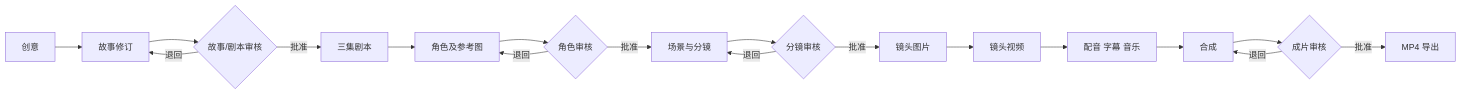
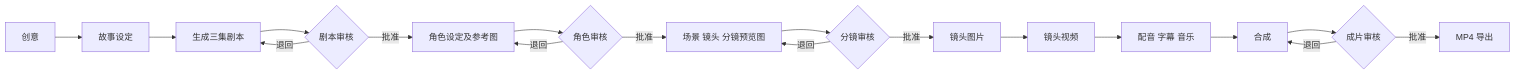
One commit to xyq-dev/ai-drama-studio changed the second of 2 diagrams in docs/WORKFLOW_STATE_MACHINE.md. Above: the diagram before and after it, drawn with Mermaid. The commit also changed other lines of this file and 8 other files, not shown here.

Commit message:
docs: finalize v1 architecture consistency

````diff
--- a/docs/WORKFLOW_STATE_MACHINE.md
+++ b/docs/WORKFLOW_STATE_MACHINE.md
@@ -44,20 +44,20 @@
 ```mermaid
 flowchart LR
-  I[创意] --> S[故事修订]
-  S --> SA{故事/剧本审核}
-  SA -->|批准| SC[三集剧本]
-  SC --> CA[角色及参考图]
+  I[创意] --> S[故事设定]
+  S --> SC[生成三集剧本]
+  SC --> SA{剧本审核}
+  SA -->|批准| CA[角色设定及参考图]
   CA --> CR{角色审核}
-  CR -->|批准| SB[场景与分镜]
+  CR -->|批准| SB[场景 镜头 分镜预览图]
   SB --> SR{分镜审核}
   SR -->|批准| IM[镜头图片]
   IM --> VI[镜头视频]
   VI --> AV[配音 字幕 音乐]
   AV --> CO[合成]
   CO --> FA{成片审核}
   FA -->|批准| EX[MP4 导出]
-  SA -->|退回| S
+  SA -->|退回| SC
   CR -->|退回| CA
   SR -->|退回| SB
   FA -->|退回| CO
 ```
````
